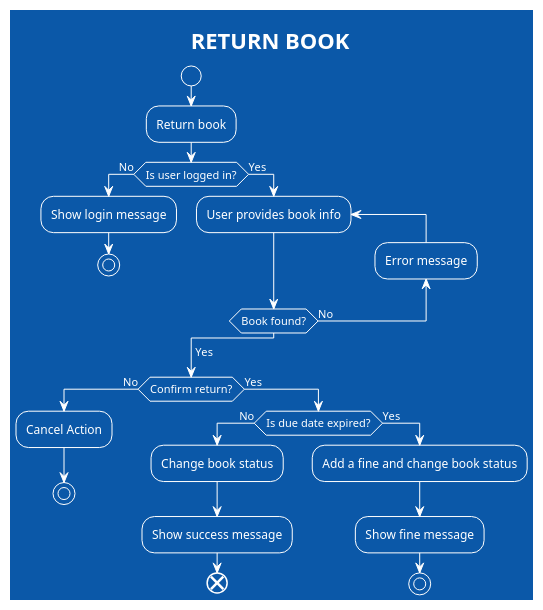
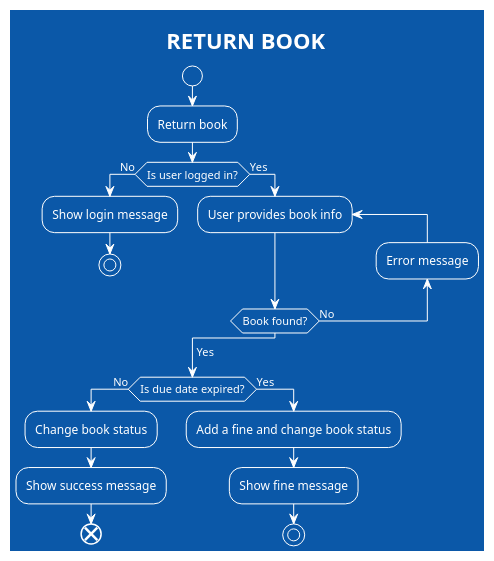
Before and after one commit to Gabe-Alvess/LibraryAppDiagrams: the sixth of 7 diagrams in flowcharts/flowchart-diagrams.md, drawn with PlantUML. The commit also changed other lines of this file and 2 other files, not shown here.

````diff
--- a/flowcharts/flowchart-diagrams.md
+++ b/flowcharts/flowchart-diagrams.md
@@ -161,36 +155,31 @@
 ```plantuml
 
 @startuml
 
 !theme amiga
 title RETURN BOOK
 
 start
 :Return book;
 if (Is user logged in?) then (No)
     :Show login message;
     stop
 else (Yes)
     repeat:User provides book info;
     backward:Error message;
     repeat while (Book found?) is (No)
 endif
 ->Yes;
-if (Confirm return?) then (No)
-    :Cancel Action;
+if (Is due date expired?) then (No)
+    :Change book status;
+    :Show success message;
+    end
+else (Yes)
+    :Add a fine and change book status;
+    :Show fine message;
     stop
-else (Yes)
-    if (Is due date expired?) then (No)
-        :Change book status;
-        :Show success message;
-        end
-    else (Yes)
-        :Add a fine and change book status;
-        :Show fine message;
-        stop
-    endif
 endif
 
 @enduml
 
 ```
````
